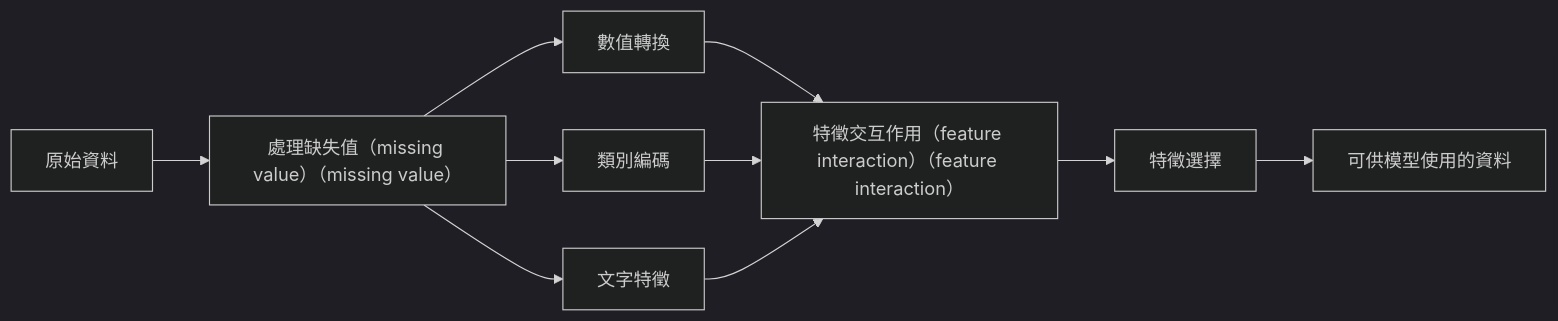
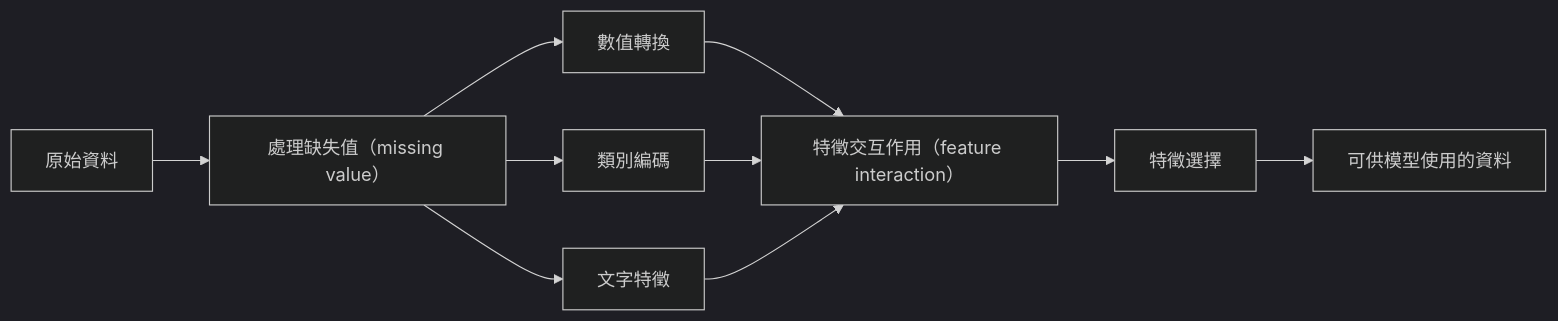
Before and after one commit to edward821220/ai-engineering-from-scratch: the diagram in i18n/zh-TW/phases/02-ml-fundamentals/08-feature-engineering/docs/zh-TW.md, drawn with Mermaid (dark theme). The commit also changed other lines of this file, not shown here.

Commit message:
docs(i18n): zh-TW / 02/08

````diff
--- a/i18n/zh-TW/phases/02-ml-fundamentals/08-feature-engineering/docs/zh-TW.md
+++ b/i18n/zh-TW/phases/02-ml-fundamentals/08-feature-engineering/docs/zh-TW.md
@@ -31,12 +31,12 @@
 ```mermaid
 flowchart LR
-    A[原始資料] --> B[處理缺失值（missing value）（missing value）]
+    A[原始資料] --> B[處理缺失值（missing value）]
     B --> C[數值轉換]
     B --> D[類別編碼]
     B --> E[文字特徵]
-    C --> F[特徵交互作用（feature interaction）（feature interaction）]
+    C --> F[特徵交互作用（feature interaction）]
     D --> F
     E --> F
     F --> G[特徵選擇]
     G --> H[可供模型使用的資料]
 ```
````
